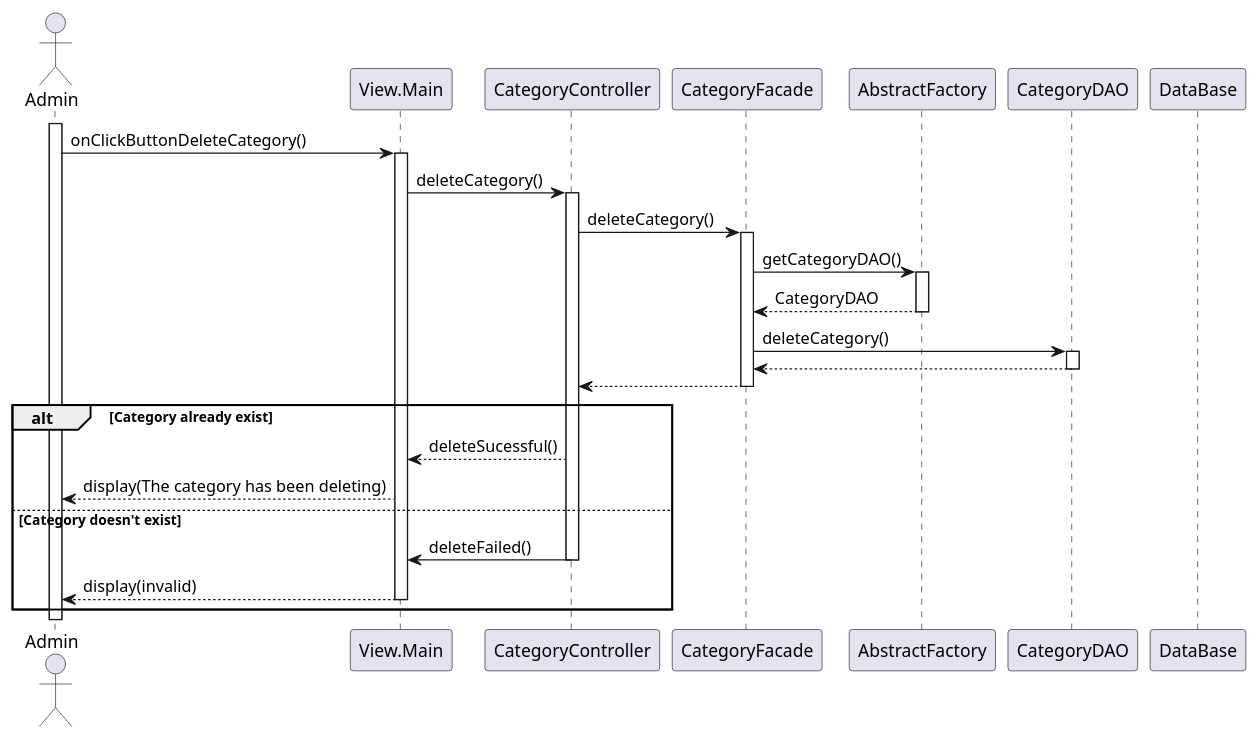
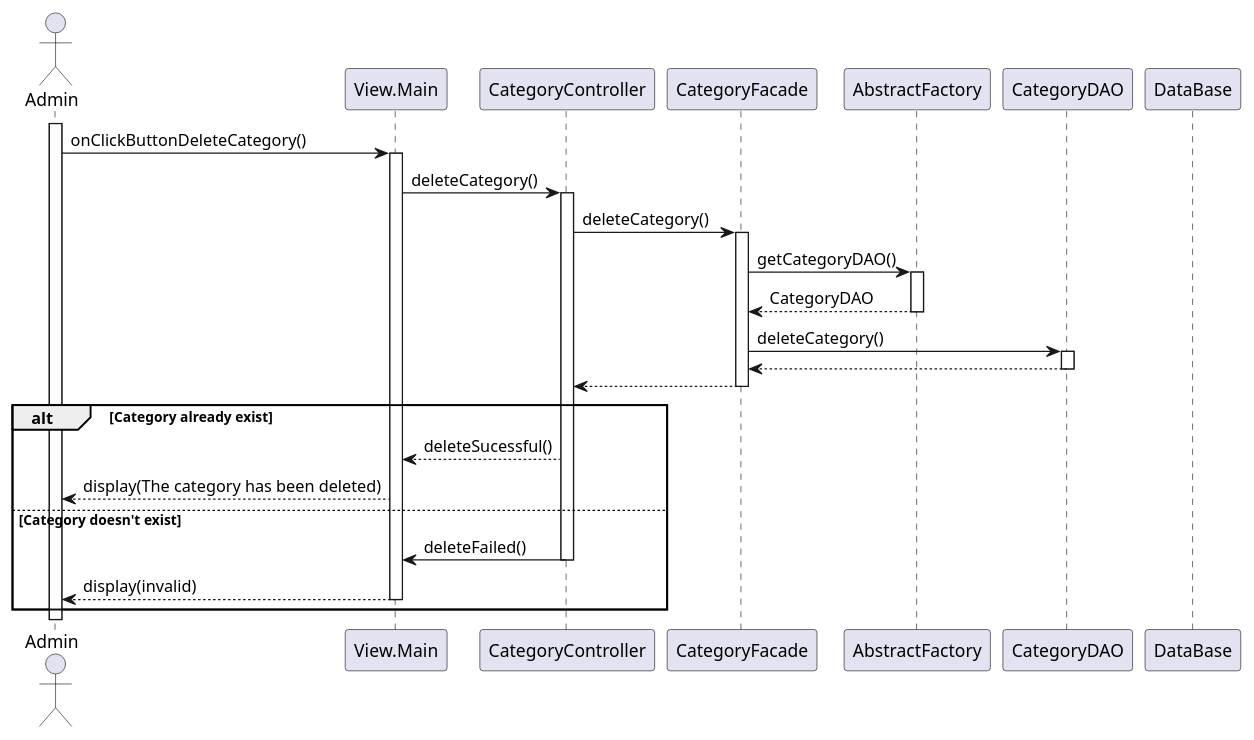
Before and after one commit to iusildra/WineCellar: the third of 3 diagrams in doc/reports/final/category/category_sequenceDiagram.plantUML, drawn with PlantUML.

```diff
--- a/doc/reports/final/category/category_sequenceDiagram.plantUML
+++ b/doc/reports/final/category/category_sequenceDiagram.plantUML
@@ -71,31 +71,31 @@
 @startuml Delete partner
 skinparam responseMessageBelowArrow true
 
 actor Admin
 participant View.Main
 participant CategoryController
 participant CategoryFacade
 participant AbstractFactory
 participant CategoryDAO
 participant DataBase
 
 activate Admin
 
 Admin -> View.Main++: onClickButtonDeleteCategory()
 View.Main -> CategoryController++: deleteCategory()
 CategoryController -> CategoryFacade++: deleteCategory()
 CategoryFacade -> AbstractFactory++: getCategoryDAO()
 return CategoryDAO
 CategoryFacade -> CategoryDAO++: deleteCategory()
 return
 return
 
 alt Category already exist
     CategoryController --> View.Main: deleteSucessful()
-    View.Main --> Admin: display(The category has been deleting)
+    View.Main --> Admin: display(The category has been deleted)
 else Category doesn't exist
     CategoryController -> View.Main--: deleteFailed()
     View.Main --> Admin--: display(invalid)
 end
 
 @enduml
```
